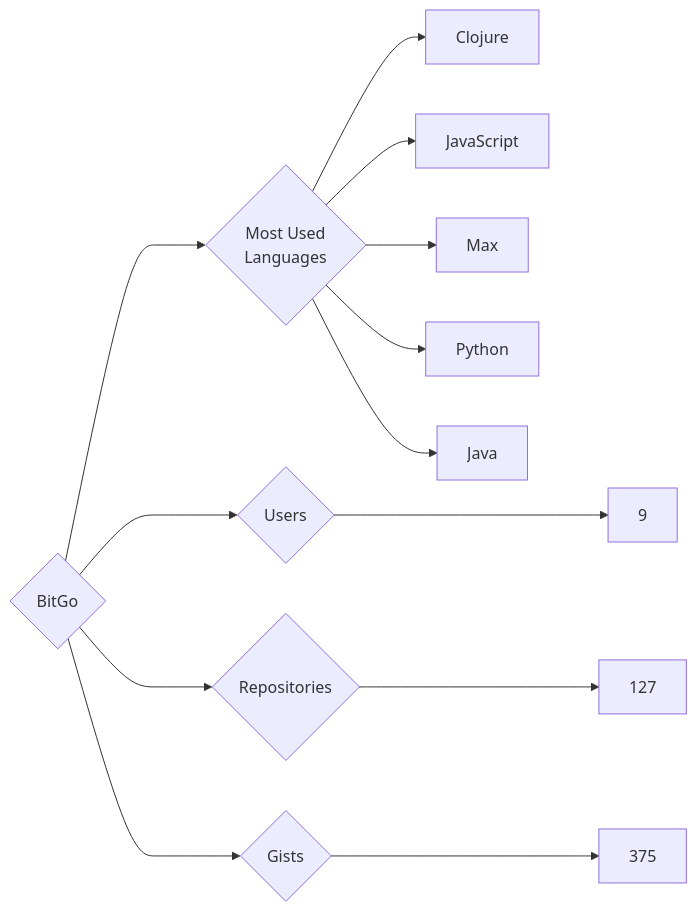
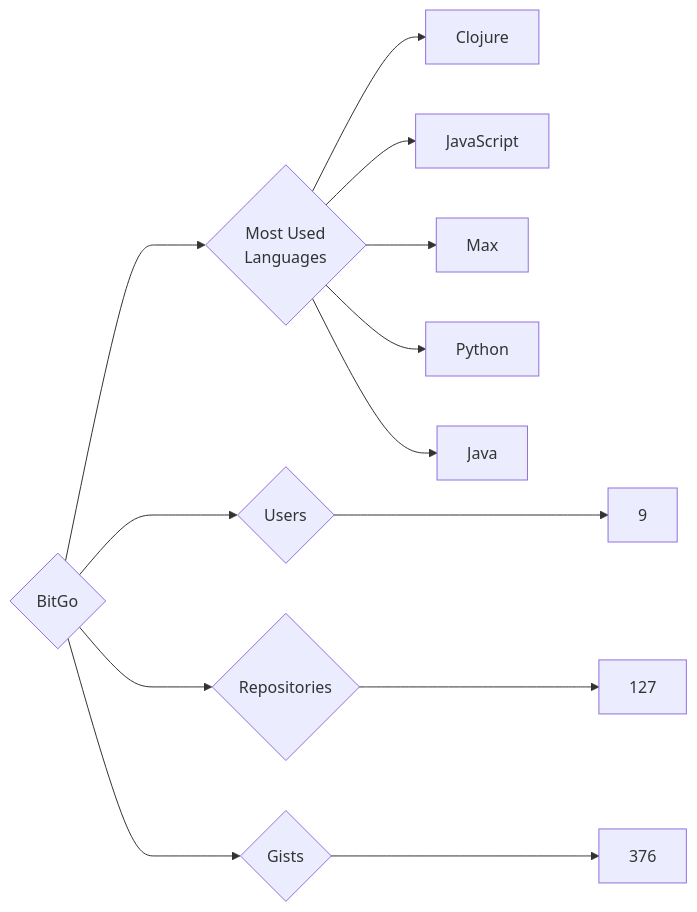
One commit to trickest/insiders changed the diagram in targets/BitGo/README.md. Above: the diagram before and after it, drawn with Mermaid. The commit also changed 1170 other files, not shown here.

````diff
--- a/targets/BitGo/README.md
+++ b/targets/BitGo/README.md
@@ -3,13 +3,13 @@
 ```mermaid
 graph LR
 COMPANY_NAME{BitGo}
 COMPANY_NAME ---> U{Users} ---> UN[9]
 COMPANY_NAME ---> R{Repositories} ---> RN[127]
-COMPANY_NAME ---> G{Gists} ---> GN[375]
+COMPANY_NAME ---> G{Gists} ---> GN[376]
 COMPANY_NAME ---> ML{Most Used<br>Languages}
 ML --> Clojure[Clojure]
 ML --> JavaScript[JavaScript]
 ML --> Max[Max]
 ML --> Python[Python]
 ML --> Java[Java]
 ```
````
